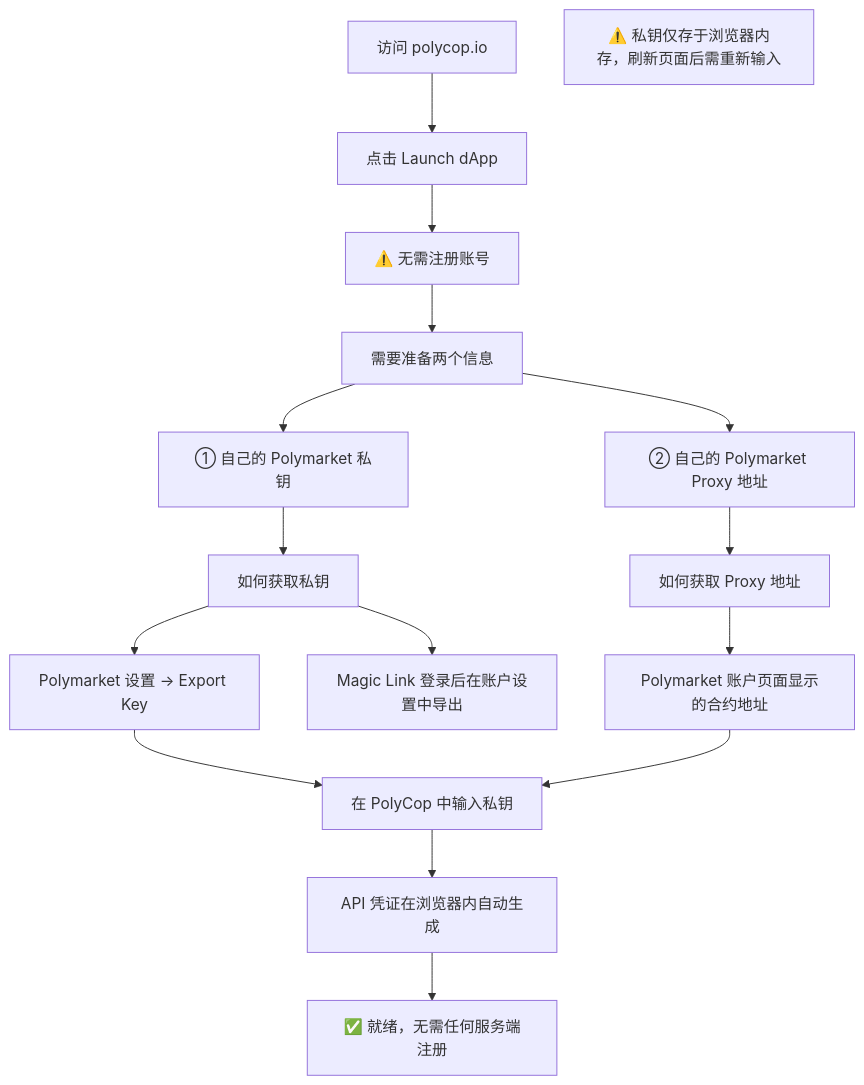
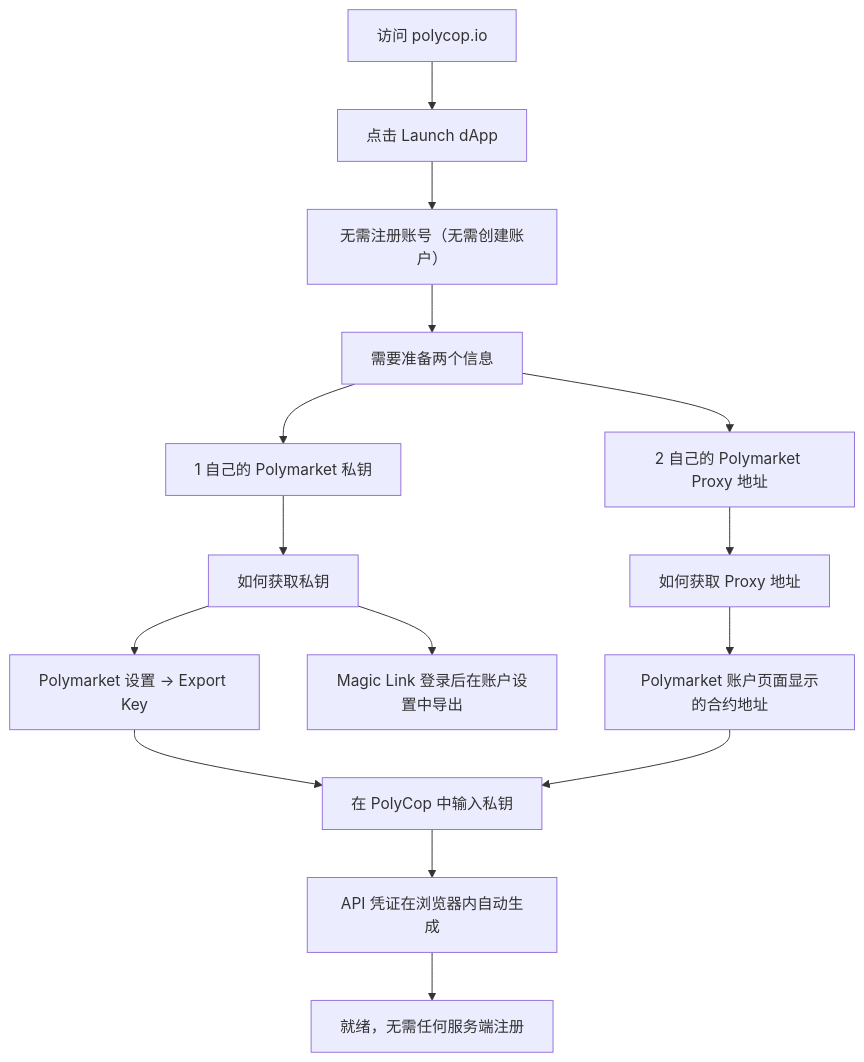
Before and after one commit to survivorff/polymarket_research: the first of 13 diagrams in research/02_polycop/analysis.md, drawn with Mermaid. The commit also changed other lines of this file and 11 other files, not shown here.

First line of the commit message:
修复所有 Mermaid 语法错误，确保流程图可正常渲染

````diff
--- a/research/02_polycop/analysis.md
+++ b/research/02_polycop/analysis.md
@@ -38,18 +38,18 @@
 ```mermaid
 flowchart TD
     A[访问 polycop.io] --> B[点击 Launch dApp]
-    B --> C[⚠️ 无需注册账号]
+    B --> C["无需注册账号（无需创建账户）"]
     C --> D[需要准备两个信息]
-    D --> D1[① 自己的 Polymarket 私钥]
-    D --> D2[② 自己的 Polymarket Proxy 地址]
+    D --> D1["1 自己的 Polymarket 私钥"]
+    D --> D2["2 自己的 Polymarket Proxy 地址"]
     D1 --> E[如何获取私钥]
     E --> E1[Polymarket 设置 → Export Key]
     E --> E2[Magic Link 登录后在账户设置中导出]
     D2 --> F[如何获取 Proxy 地址]
     F --> F1[Polymarket 账户页面显示的合约地址]
     E1 --> G[在 PolyCop 中输入私钥]
     F1 --> G
     G --> H[API 凭证在浏览器内自动生成]
-    H --> I[✅ 就绪，无需任何服务端注册]
-    note1[⚠️ 私钥仅存于浏览器内存，刷新页面后需重新输入]
+    H --> I["就绪，无需任何服务端注册"]
+    %% 注: ⚠️ 私钥仅存于浏览器内存，刷新页面后需重新输入
 ```
````
